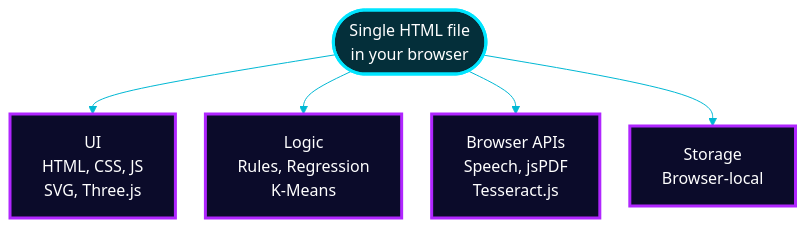
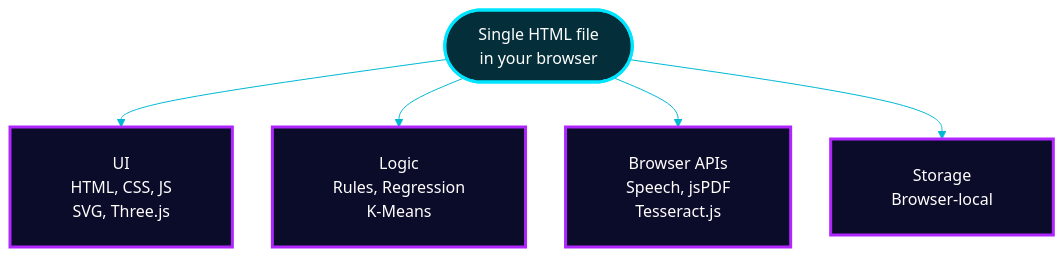
Diagram 16 of 17 in README.md (Mansi232323/MANSHORA), drawn with Mermaid before and after one commit. The commit also changed other lines of this file, not shown here.

````diff
--- a/README.md
+++ b/README.md
@@ -644,13 +643,13 @@
 ```mermaid
-%%{init: {'theme':'base','themeVariables':{'fontSize':'16px','fontFamily':'Arial, Helvetica, sans-serif','primaryColor':'#0b0b2a','primaryTextColor':'#ffffff','primaryBorderColor':'#b026ff','lineColor':'#00b8d4','textColor':'#ffffff','edgeLabelBackground':'#0b0b2a'},'flowchart':{'htmlLabels':true,'nodeSpacing':30,'rankSpacing':40,'padding':16,'curve':'basis','wrappingWidth':240,'useMaxWidth':true}}}%%
+%%{init: {'theme':'base','themeVariables':{'fontSize':'16px','primaryColor':'#0b0b2a','primaryTextColor':'#ffffff','primaryBorderColor':'#b026ff','lineColor':'#00b8d4','textColor':'#ffffff','edgeLabelBackground':'#0b0b2a'},'flowchart':{'htmlLabels':true,'nodeSpacing':40,'rankSpacing':45,'padding':24,'curve':'basis','wrappingWidth':400,'useMaxWidth':true}}}%%
 flowchart TB
-    B(["Single HTML file<br/>in your browser"])
-    B --> U["UI<br/>HTML, CSS, JS<br/>SVG, Three.js"]
-    B --> L["Logic<br/>Rules, Regression<br/>K-Means"]
-    B --> A["Browser APIs<br/>Speech, jsPDF<br/>Tesseract.js"]
-    B --> S["Storage<br/>Browser-local"]
+    B(["&nbsp;&nbsp;&nbsp;Single HTML file&nbsp;&nbsp;&nbsp;<br/>&nbsp;&nbsp;&nbsp;in your browser&nbsp;&nbsp;&nbsp;"])
+    B --> U["&nbsp;&nbsp;&nbsp;UI&nbsp;&nbsp;&nbsp;<br/>&nbsp;&nbsp;&nbsp;HTML, CSS, JS&nbsp;&nbsp;&nbsp;<br/>&nbsp;&nbsp;&nbsp;SVG, Three.js&nbsp;&nbsp;&nbsp;"]
+    B --> L["&nbsp;&nbsp;&nbsp;Logic&nbsp;&nbsp;&nbsp;<br/>&nbsp;&nbsp;&nbsp;Rules, Regression&nbsp;&nbsp;&nbsp;<br/>&nbsp;&nbsp;&nbsp;K-Means&nbsp;&nbsp;&nbsp;"]
+    B --> A["&nbsp;&nbsp;&nbsp;Browser APIs&nbsp;&nbsp;&nbsp;<br/>&nbsp;&nbsp;&nbsp;Speech, jsPDF&nbsp;&nbsp;&nbsp;<br/>&nbsp;&nbsp;&nbsp;Tesseract.js&nbsp;&nbsp;&nbsp;"]
+    B --> S["&nbsp;&nbsp;&nbsp;Storage&nbsp;&nbsp;&nbsp;<br/>&nbsp;&nbsp;&nbsp;Browser-local&nbsp;&nbsp;&nbsp;"]
     classDef core fill:#042f3a,stroke:#00e5ff,stroke-width:3px,color:#ffffff
     classDef n fill:#0b0b2a,stroke:#b026ff,stroke-width:3px,color:#ffffff
     class B core
     class U,L,A,S n
 ```
````
